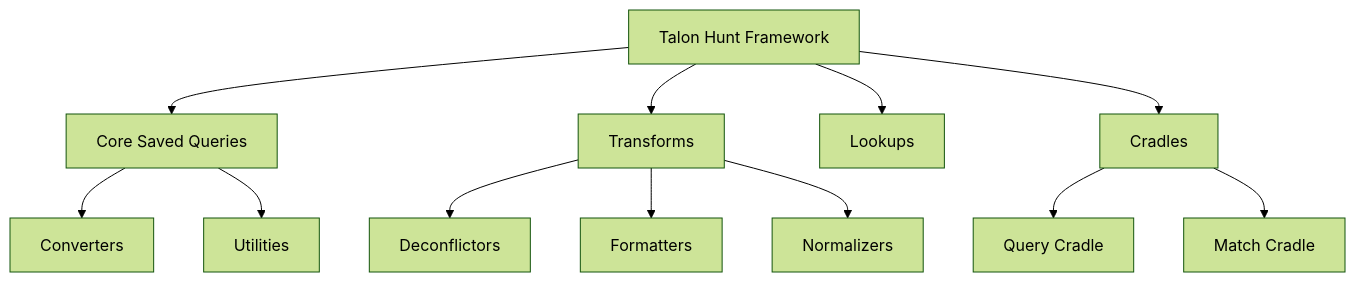
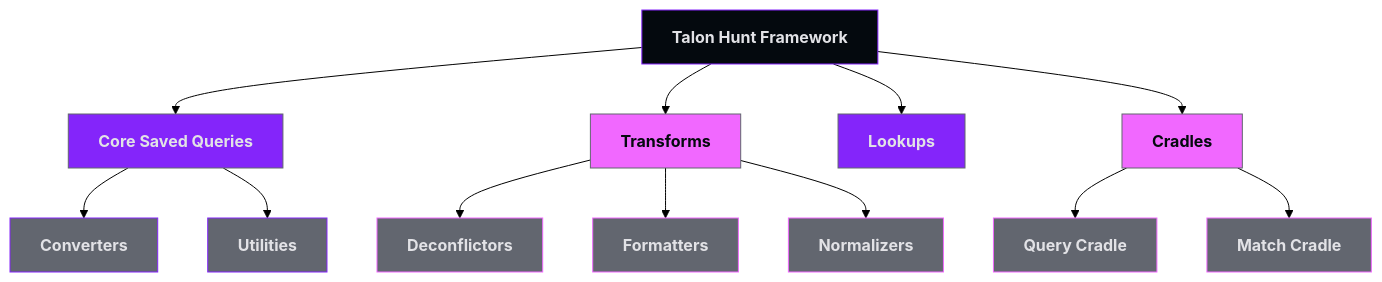
Before and after one commit to DominionCyber/talon_hunt_framework_documentation: the diagram in docs/specification.md, drawn with Mermaid (forest theme).

````diff
--- a/docs/specification.md
+++ b/docs/specification.md
@@ -10,17 +10,37 @@
 ```mermaid
 graph TD
-    A[Talon Hunt Framework] --> B[Core Saved Queries]
+    A[Talon Hunt Framework]
+
+    A --> B[Core Saved Queries]
     A --> C[Transforms]
     A --> D[Lookups]
     A --> E[Cradles]
 
     B --> B1[Converters]
     B --> B2[Utilities]
 
     C --> C1[Deconflictors]
     C --> C2[Formatters]
     C --> C3[Normalizers]
 
     E --> E1[Query Cradle]
     E --> E2[Match Cradle]
+
+    classDef root fill:#04090E,stroke:#8425FA,color:#E2E2E6,font-weight:bold
+    classDef core fill:#8425FA,stroke:#62666F,color:#E2E2E6
+    classDef coreChild fill:#62666F,stroke:#8425FA,color:#E2E2E6
+    classDef transform fill:#F168FF,stroke:#62666F,color:#04090E
+    classDef transformChild fill:#62666F,stroke:#F168FF,color:#E2E2E6
+    classDef lookup fill:#8425FA,stroke:#62666F,color:#E2E2E6
+    classDef cradle fill:#F168FF,stroke:#62666F,color:#04090E
+    classDef cradleChild fill:#62666F,stroke:#F168FF,color:#E2E2E6
+
+    class A root
+    class B core
+    class B1,B2 coreChild
+    class C transform
+    class C1,C2,C3 transformChild
+    class D lookup
+    class E cradle
+    class E1,E2 cradleChild
 ```
````
